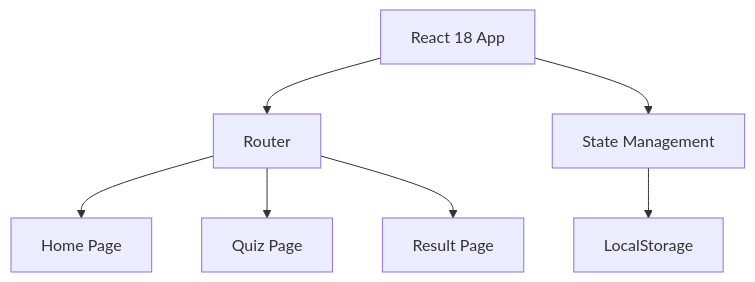
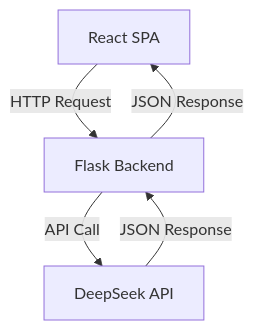
One commit to zhengfan1017/- changed the diagram in .trae/documents/arch.md. Above: the diagram before and after it, drawn with Mermaid. The commit also changed other lines of this file and 1 other file, not shown here.

````diff
--- a/.trae/documents/arch.md
+++ b/.trae/documents/arch.md
@@ -5,9 +7,7 @@
 ```mermaid
 graph TD
-    A[React 18 App] --> B[Router]
-    A --> C[State Management]
-    C --> D[LocalStorage]
-    B --> E[Home Page]
-    B --> F[Quiz Page]
-    B --> G[Result Page]
+    A[React SPA] -->|HTTP Request| B[Flask Backend]
+    B -->|API Call| C[DeepSeek API]
+    C -->|JSON Response| B
+    B -->|JSON Response| A
 ```
````
